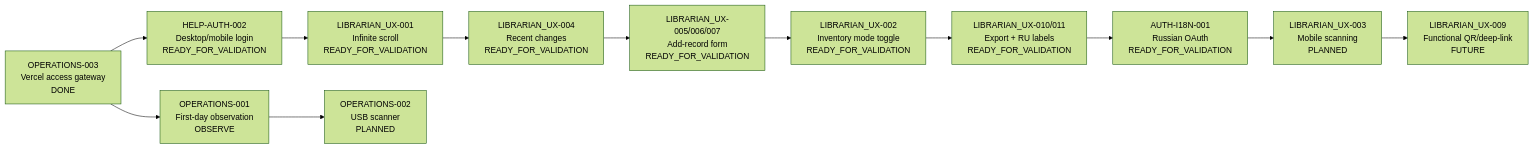
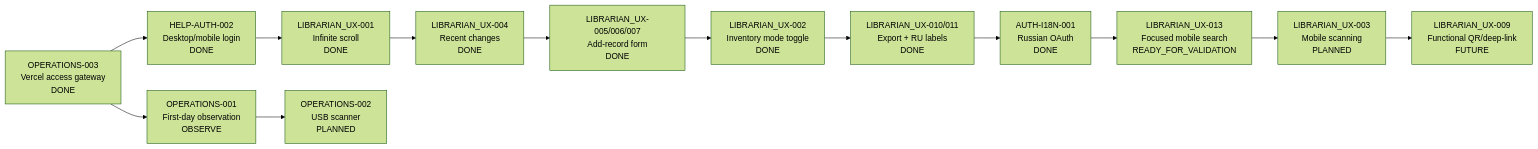
One commit to oregu93/music-school-lib changed the diagram in docs/ROADMAP.md. Above: the diagram before and after it, drawn with Mermaid (forest theme). The commit also changed other lines of this file, not shown here.

Commit message:
Record staging acceptance and mobile search task

````diff
--- a/docs/ROADMAP.md
+++ b/docs/ROADMAP.md
@@ -12,14 +12,15 @@
 ```mermaid
 flowchart LR
-  A[OPERATIONS-003<br/>Vercel access gateway<br/>DONE] --> B[HELP-AUTH-002<br/>Desktop/mobile login<br/>READY_FOR_VALIDATION]
-  B --> C[LIBRARIAN_UX-001<br/>Infinite scroll<br/>READY_FOR_VALIDATION]
-  C --> D[LIBRARIAN_UX-004<br/>Recent changes<br/>READY_FOR_VALIDATION]
-  D --> E[LIBRARIAN_UX-005/006/007<br/>Add-record form<br/>READY_FOR_VALIDATION]
-  E --> F[LIBRARIAN_UX-002<br/>Inventory mode toggle<br/>READY_FOR_VALIDATION]
-  F --> K[LIBRARIAN_UX-010/011<br/>Export + RU labels<br/>READY_FOR_VALIDATION]
-  K --> L[AUTH-I18N-001<br/>Russian OAuth<br/>READY_FOR_VALIDATION]
-  L --> G[LIBRARIAN_UX-003<br/>Mobile scanning<br/>PLANNED]
+  A[OPERATIONS-003<br/>Vercel access gateway<br/>DONE] --> B[HELP-AUTH-002<br/>Desktop/mobile login<br/>DONE]
+  B --> C[LIBRARIAN_UX-001<br/>Infinite scroll<br/>DONE]
+  C --> D[LIBRARIAN_UX-004<br/>Recent changes<br/>DONE]
+  D --> E[LIBRARIAN_UX-005/006/007<br/>Add-record form<br/>DONE]
+  E --> F[LIBRARIAN_UX-002<br/>Inventory mode toggle<br/>DONE]
+  F --> K[LIBRARIAN_UX-010/011<br/>Export + RU labels<br/>DONE]
+  K --> L[AUTH-I18N-001<br/>Russian OAuth<br/>DONE]
+  L --> M[LIBRARIAN_UX-013<br/>Focused mobile search<br/>READY_FOR_VALIDATION]
+  M --> G[LIBRARIAN_UX-003<br/>Mobile scanning<br/>PLANNED]
   G --> H[LIBRARIAN_UX-009<br/>Functional QR/deep-link<br/>FUTURE]
   A --> I[OPERATIONS-001<br/>First-day observation<br/>OBSERVE]
   I --> J[OPERATIONS-002<br/>USB scanner<br/>PLANNED]
 ```
````
